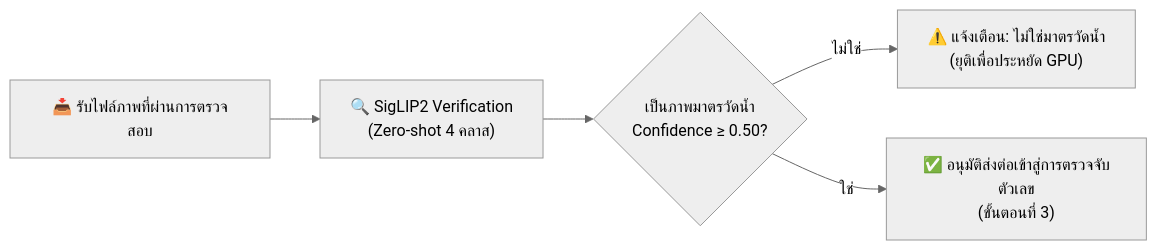
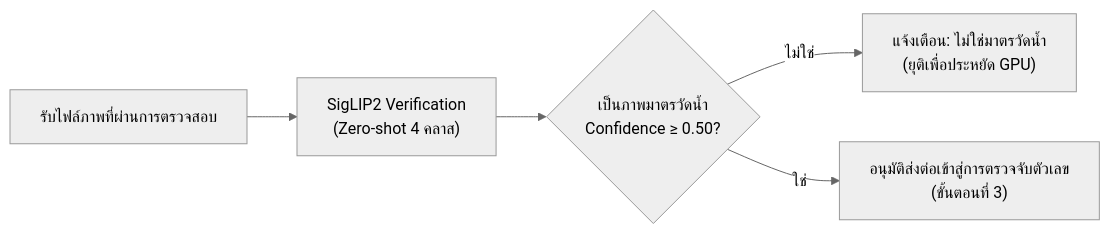
One commit to jirathxz/meter-reader changed the fourth of 17 diagrams in TUTORIAL.md. Above: the diagram before and after it, drawn with Mermaid (neutral theme). The commit also changed other lines of this file and 1 other file, not shown here.

Commit message:
style(docs): remove all emojis across documentation and mermaid diagrams

````diff
--- a/TUTORIAL.md
+++ b/TUTORIAL.md
@@ -436,7 +436,7 @@
 ```mermaid
 flowchart LR
-  D1["📥 รับไฟล์ภาพที่ผ่านการตรวจสอบ"] --> D["🔍 SigLIP2 Verification<br/>(Zero-shot 4 คลาส)"]
+  D1["รับไฟล์ภาพที่ผ่านการตรวจสอบ"] --> D["SigLIP2 Verification<br/>(Zero-shot 4 คลาส)"]
   D --> E{"เป็นภาพมาตรวัดน้ำ<br/>Confidence ≥ 0.50?"}
-  E -->|"ไม่ใช่"| E1["⚠️ แจ้งเตือน: ไม่ใช่มาตรวัดน้ำ<br/>(ยุติเพื่อประหยัด GPU)"]
-  E -->|"ใช่"| E2["✅ อนุมัติส่งต่อเข้าสู่การตรวจจับตัวเลข<br/>(ขั้นตอนที่ 3)"]
+  E -->|"ไม่ใช่"| E1["แจ้งเตือน: ไม่ใช่มาตรวัดน้ำ<br/>(ยุติเพื่อประหยัด GPU)"]
+  E -->|"ใช่"| E2["อนุมัติส่งต่อเข้าสู่การตรวจจับตัวเลข<br/>(ขั้นตอนที่ 3)"]
 ```
````
